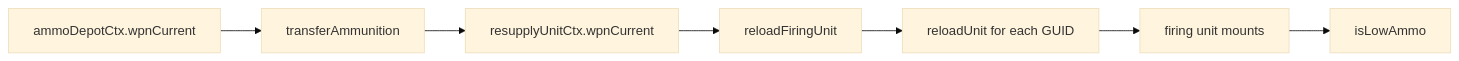
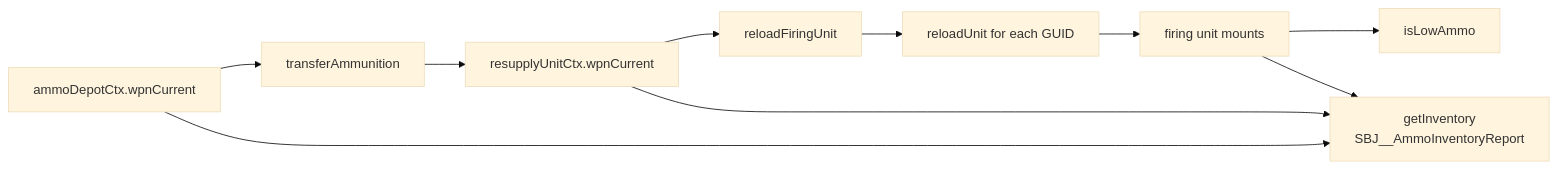
One commit to pullupjumper/formosa-in-flames changed the diagram in docs/missileSystem/ammo.md. Above: the diagram before and after it, drawn with Mermaid (base theme). The commit also changed other lines of this file and 5 other files, not shown here.

````diff
--- a/docs/missileSystem/ammo.md
+++ b/docs/missileSystem/ammo.md
@@ -28,11 +30,15 @@
 ```mermaid
 flowchart LR
     AD[ammoDepotCtx.wpnCurrent] --> TA[transferAmmunition]
     TA --> RU[resupplyUnitCtx.wpnCurrent]
 
     RU --> RF[reloadFiringUnit]
     RF --> R1[reloadUnit for each GUID]
     R1 --> TEL[firing unit mounts]
 
     TEL --> LA[isLowAmmo]
+
+    AD --> INV
+    RU --> INV
+    TEL --> INV[getInventory<br>SBJ__AmmoInventoryReport]
 ```
````
